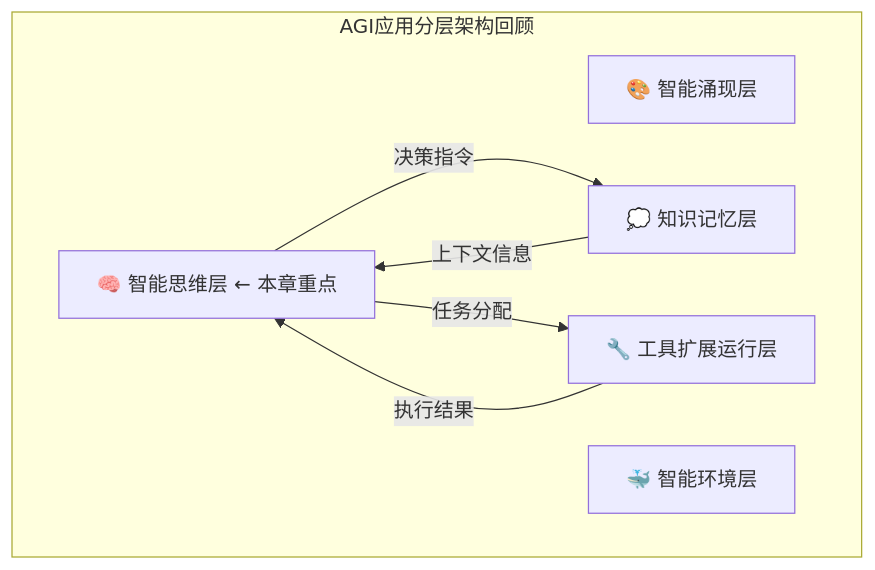
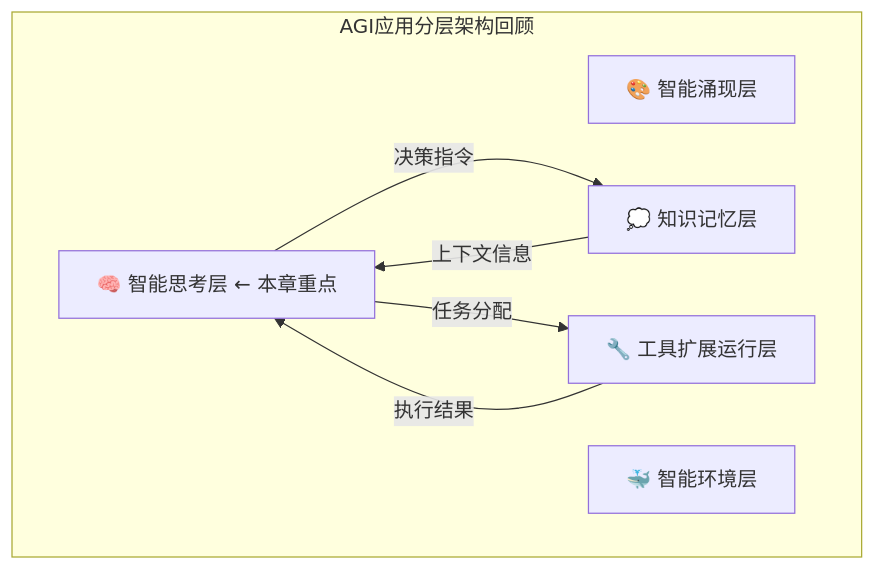
One commit to youyoude/agi-app-dev-guide-book changed the first of 4 diagrams in 第四部分_智能大脑工程学/4.2_智能思维工程/4.2.1_智能思维工程基础.md. Above: the diagram before and after it, drawn with Mermaid. The commit also changed other lines of this file and 19 other files, not shown here.

````diff
--- a/第四部分_智能大脑工程学/4.2_智能思维工程/4.2.1_智能思维工程基础.md
+++ b/第四部分_智能大脑工程学/4.2_智能思维工程/4.2.1_智能思维工程基础.md
@@ -16,15 +16,15 @@
 ```mermaid
 graph TB
     subgraph "AGI应用分层架构回顾"
         IE[🎨 智能涌现层]
-        IT[🧠 智能思维层 ← 本章重点]
+        IT[🧠 智能思考层 ← 本章重点]
         KM[💭 知识记忆层]
         TR[🔧 工具扩展运行层]
         ENV[🐳 智能环境层]
     end
     
     IT --> |决策指令| KM
     IT --> |任务分配| TR
     KM --> |上下文信息| IT
     TR --> |执行结果| IT
 ```
````
